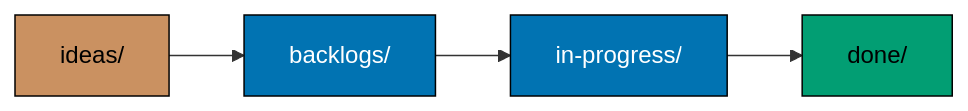
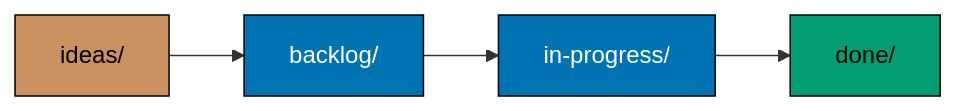
The diagram in plans/README.md (wahidyankf/hippo), drawn with Mermaid before and after one commit. The commit also changed other lines of this file and 286 other files, not shown here.

````diff
--- a/plans/README.md
+++ b/plans/README.md
@@ -9,14 +9,14 @@
 ```mermaid
 flowchart LR
-    Ideas["ideas/"] --> Backlogs["backlogs/"]
-    Backlogs --> Active["in-progress/"]
+    Ideas["ideas/"] --> Backlog["backlog/"]
+    Backlog --> Active["in-progress/"]
     Active --> Done["done/"]
 
     classDef sketch fill:#CA9161,stroke:#000000,color:#000000
     classDef formal fill:#0173B2,stroke:#000000,color:#FFFFFF
     classDef record fill:#029E73,stroke:#000000,color:#000000
 
     class Ideas sketch
-    class Backlogs,Active formal
+    class Backlog,Active formal
     class Done record
 ```
````
